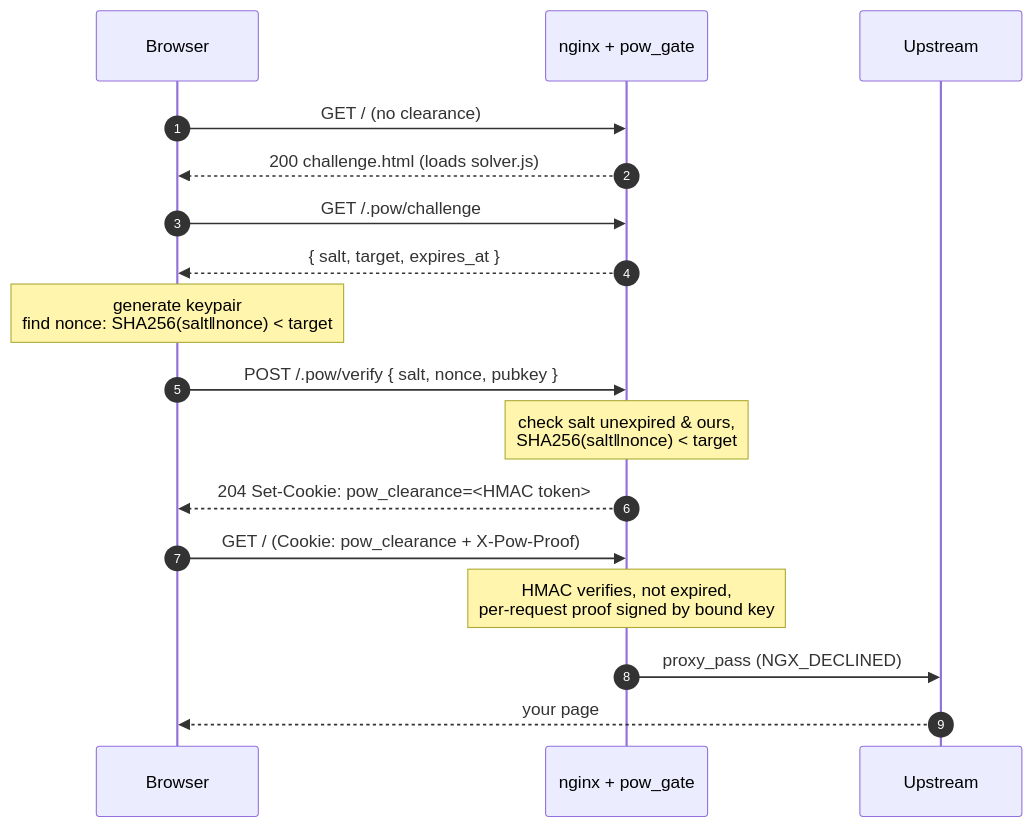
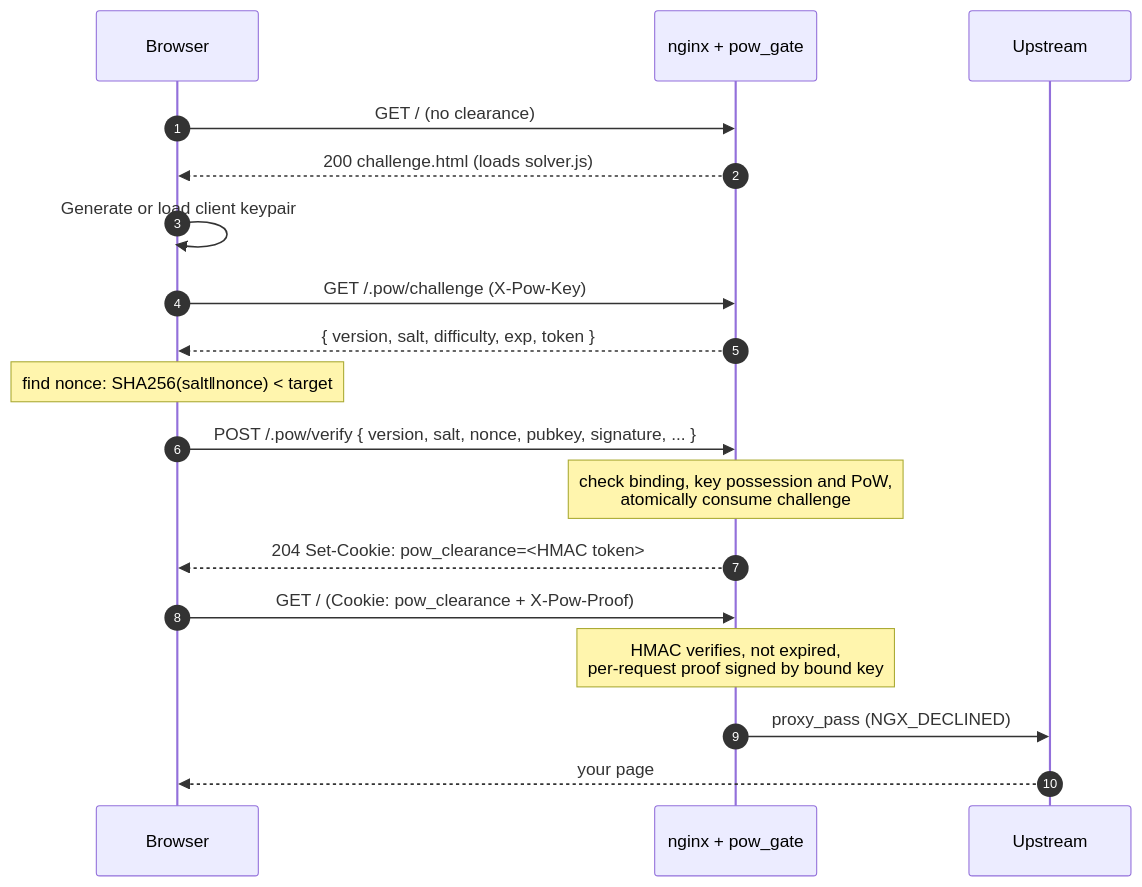
One commit to teian/ngx_http_pow_gate changed the third of 3 diagrams in README.md. Above: the diagram before and after it, drawn with Mermaid. The commit also changed other lines of this file and 79 other files, not shown here.

````diff
--- a/README.md
+++ b/README.md
@@ -132,23 +139,24 @@
 ```mermaid
 sequenceDiagram
     autonumber
     participant B as Browser
     participant M as nginx + pow_gate
     participant U as Upstream
 
     B->>M: GET /  (no clearance)
     M-->>B: 200 challenge.html  (loads solver.js)
 
-    B->>M: GET /.pow/challenge
-    M-->>B: { salt, target, expires_at }
-    Note over B: generate keypair<br/>find nonce: SHA256(salt‖nonce) < target
+    B->>B: Generate or load client keypair
+    B->>M: GET /.pow/challenge (X-Pow-Key)
+    M-->>B: { version, salt, difficulty, exp, token }
+    Note over B: find nonce: SHA256(salt‖nonce) < target
 
-    B->>M: POST /.pow/verify { salt, nonce, pubkey }
-    Note over M: check salt unexpired & ours,<br/>SHA256(salt‖nonce) < target
+    B->>M: POST /.pow/verify { version, salt, nonce, pubkey, signature, ... }
+    Note over M: check binding, key possession and PoW,<br/>atomically consume challenge
     M-->>B: 204  Set-Cookie: pow_clearance=<HMAC token>
 
     B->>M: GET /  (Cookie: pow_clearance + X-Pow-Proof)
     Note over M: HMAC verifies, not expired,<br/>per-request proof signed by bound key
     M->>U: proxy_pass (NGX_DECLINED)
     U-->>B: your page
 ```
````
